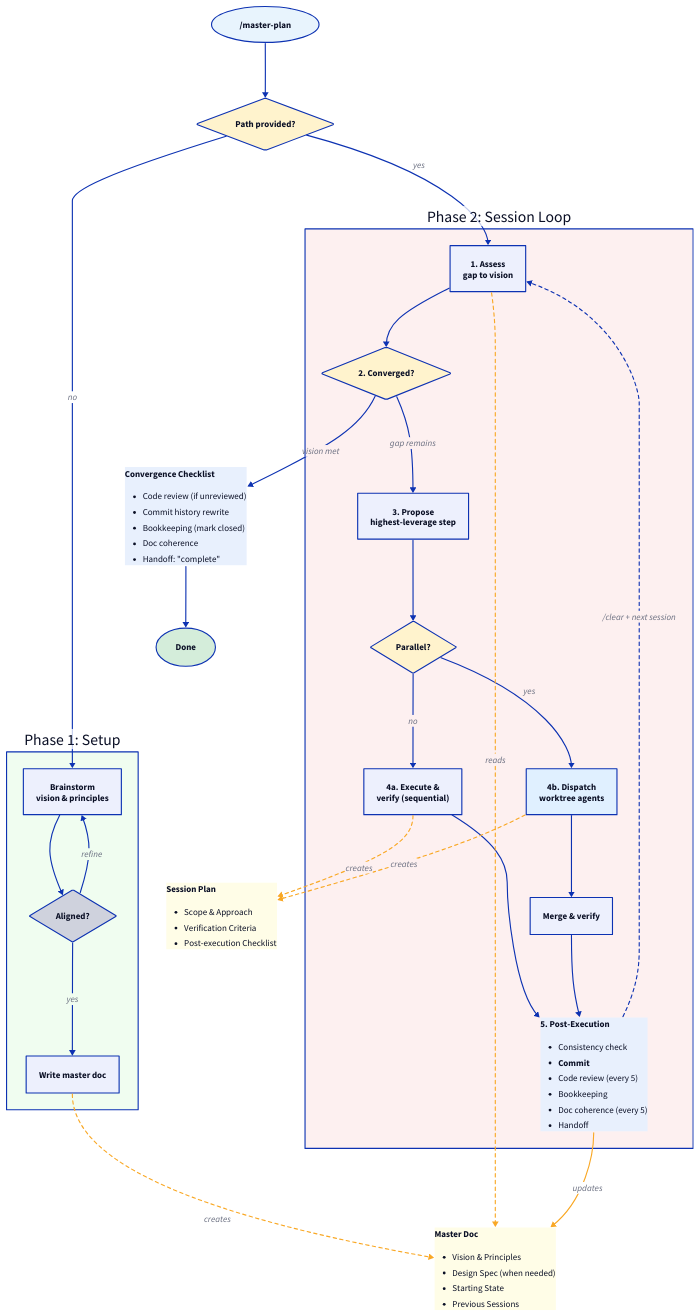
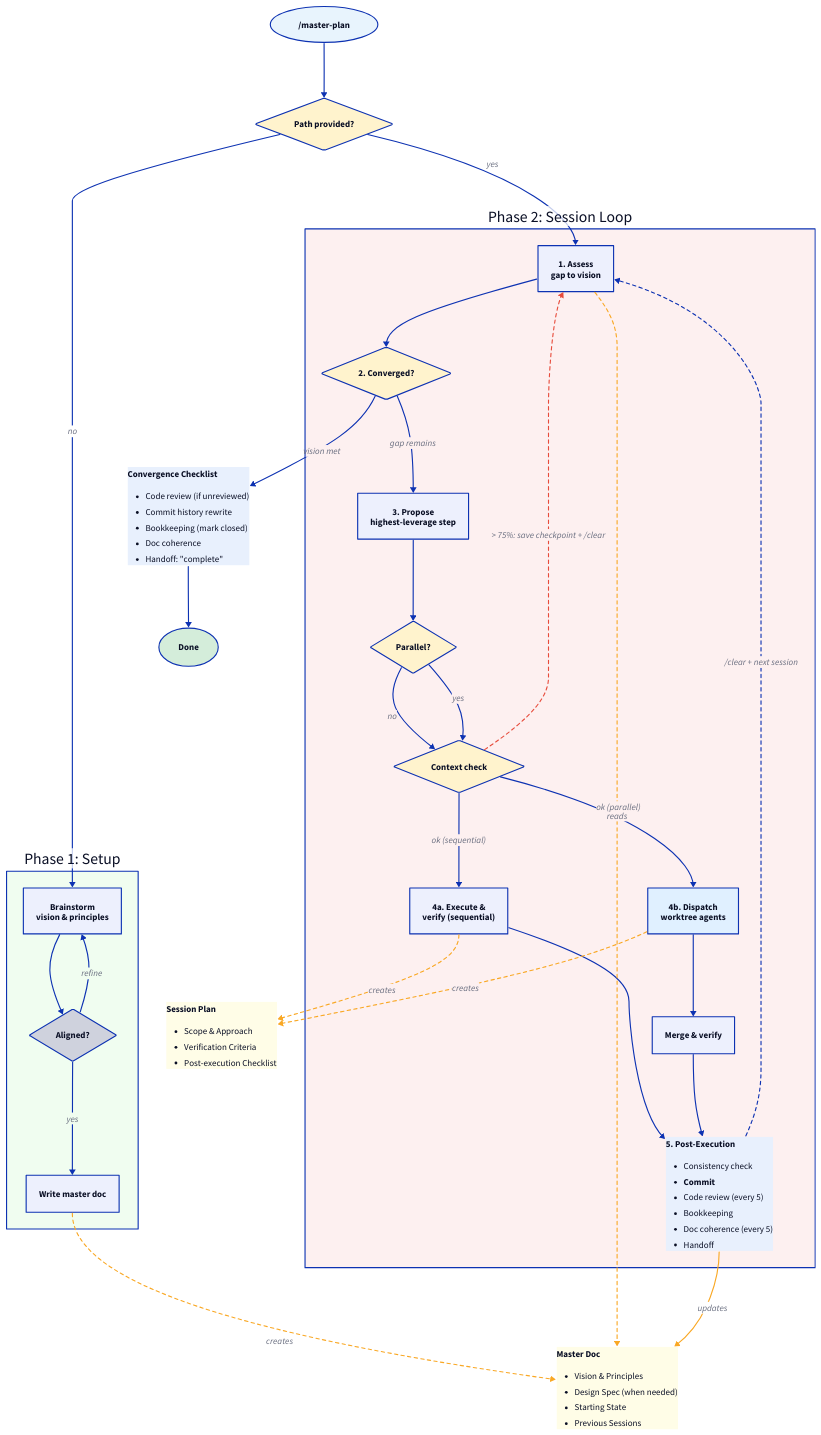
One commit to lcguerrerocovo/claude-master-plan changed the diagram in docs/master-plan-flow.d2. Above: the diagram before and after it, drawn with D2. The commit also changed 4 other files, not shown here.

```diff
--- a/docs/master-plan-flow.d2
+++ b/docs/master-plan-flow.d2
@@ -1,158 +1,172 @@
 direction: down
 
 # --- Entry ---
 
 start: "/master-plan" {
   shape: oval
   style.fill: "#e8f4fd"
 }
 
 route: "Path provided?" {
   shape: diamond
   style.fill: "#fff3cd"
 }
 
 start -> route
 
 # --- Phase 1 (setup) ---
 
 phase1: "Phase 1: Setup" {
   style.fill: "#f0fdf0"
 
   brainstorm: "Brainstorm\nvision & principles"
   aligned: "Aligned?" { shape: diamond }
   write: "Write master doc"
 
   brainstorm -> aligned
   aligned -> brainstorm: "refine"
   aligned -> write: "yes"
 }
 
 route -> phase1.brainstorm: "no"
 
 # --- Artifacts ---
 
 master_doc: "Master Doc" {
   shape: page
   style.fill: "#fffde7"
   style.stroke: "#f9a825"
   label: |md
     **Master Doc**
     - Vision & Principles
     - Design Spec (when needed)
     - Starting State
     - Previous Sessions
   |
 }
 
 phase1.write -> master_doc: "creates" {
   style.stroke: "#f9a825"
   style.stroke-dash: 3
 }
 
 # --- Phase 2 (session loop) ---
 
 phase2: "Phase 2: Session Loop" {
   style.fill: "#fdf0f0"
 
   assess: "1. Assess\ngap to vision"
   converge: "2. Converged?" {
     shape: diamond
     style.fill: "#fff3cd"
   }
   propose: "3. Propose\nhighest-leverage step"
   parallel: "Parallel?" {
     shape: diamond
     style.fill: "#fff3cd"
   }
   seq_exec: "4a. Execute &\nverify (sequential)"
   par_exec: "4b. Dispatch\nworktree agents" {
     style.fill: "#e0f0ff"
   }
   merge: "Merge & verify"
 
+  ctx_check: "Context check" {
+    shape: diamond
+    style.fill: "#fff3cd"
+  }
+
   post_exec: "5. Post-Execution" {
     style.fill: "#e8f0fd"
     label: |md
       **5. Post-Execution**
       - Consistency check
       - **Commit**
       - Code review (every 5)
       - Bookkeeping
       - Doc coherence (every 5)
       - Handoff
     |
   }
 
   assess -> converge
   converge -> propose: "gap remains"
   propose -> parallel
-  parallel -> seq_exec: "no"
-  parallel -> par_exec: "yes"
+  parallel -> ctx_check: "no"
+  parallel -> ctx_check: "yes"
+  ctx_check -> seq_exec: "ok (sequential)"
+  ctx_check -> par_exec: "ok (parallel)"
   seq_exec -> post_exec
   par_exec -> merge
   merge -> post_exec
 }
 
 route -> phase2.assess: "yes"
 
 # --- Artifact connections ---
 
 phase2.assess -> master_doc: "reads" {
   style.stroke: "#f9a825"
   style.stroke-dash: 3
 }
 
 phase2.post_exec -> master_doc: "updates" {
   style.stroke: "#f9a825"
 }
 
 session_plan: "Session Plan" {
   shape: page
   style.fill: "#fffde7"
   style.stroke: "#f9a825"
   label: |md
     **Session Plan**
     - Scope & Approach
     - Verification Criteria
     - Post-execution Checklist
   |
 }
 
 phase2.seq_exec -> session_plan: "creates" {
   style.stroke: "#f9a825"
   style.stroke-dash: 3
 }
 
 phase2.par_exec -> session_plan: "creates" {
   style.stroke: "#f9a825"
   style.stroke-dash: 3
 }
 
 # --- Convergence exit ---
 
 done: "Done" {
   shape: oval
   style.fill: "#d4edda"
 }
 
 converge_checklist: "Convergence Checklist" {
   style.fill: "#e8f0fd"
   label: |md
     **Convergence Checklist**
     - Code review (if unreviewed)
     - Commit history rewrite
     - Bookkeeping (mark closed)
     - Doc coherence
     - Handoff: "complete"
   |
 }
 
 phase2.converge -> converge_checklist: "vision met"
 converge_checklist -> done
 
+# --- Context check: too high -> recommend /clear ---
+
+phase2.ctx_check -> phase2.assess: "> 75%: save checkpoint + /clear" {
+  style.stroke: "#e74c3c"
+  style.stroke-dash: 3
+}
+
 # --- Loop back ---
 
 phase2.post_exec -> phase2.assess: "/clear + next session" {
   style.stroke-dash: 3
 }
```
